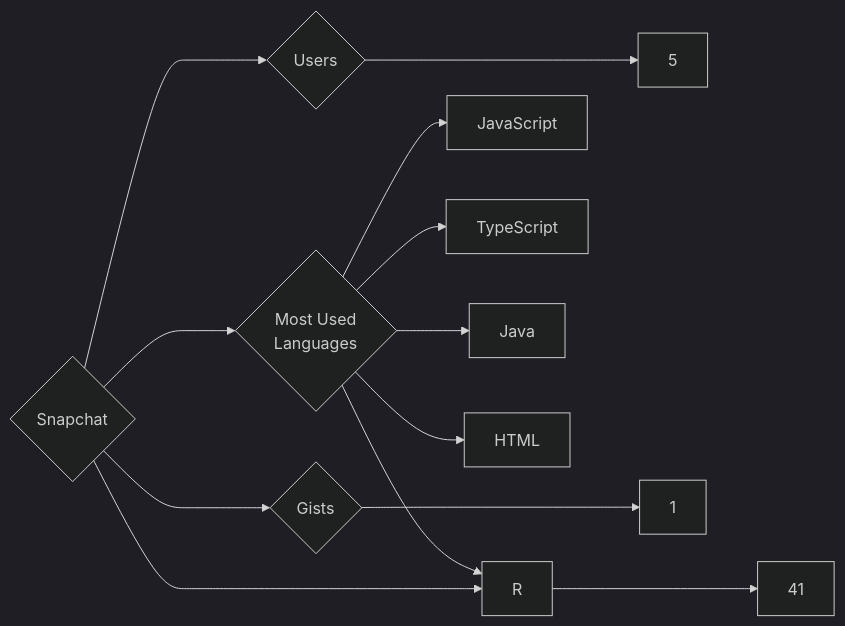
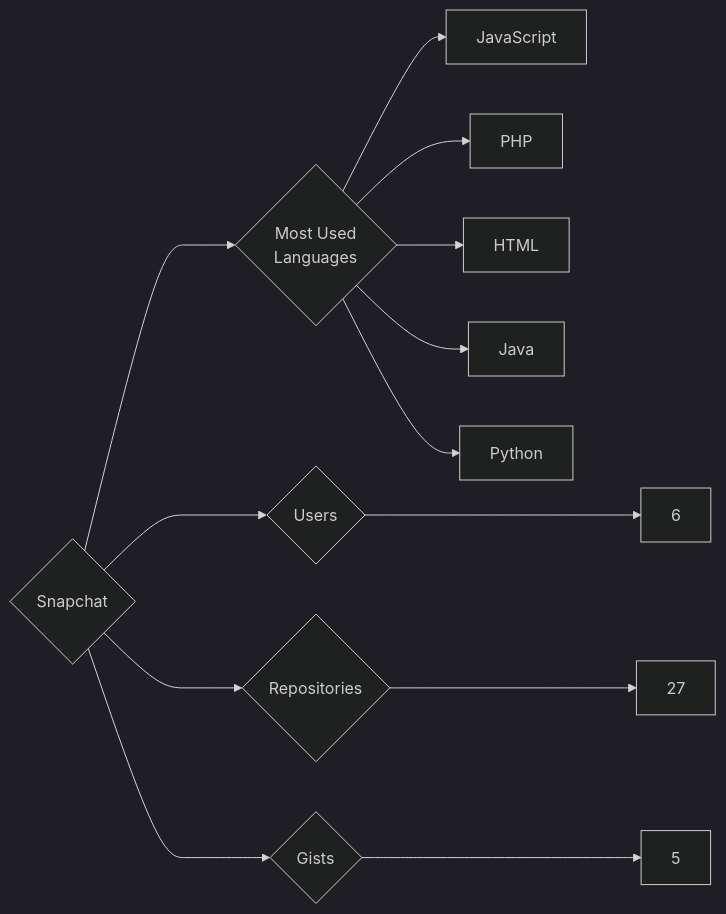
One commit to trickest/insiders changed the diagram in targets/Snapchat/README.md. Above: the diagram before and after it, drawn with Mermaid (dark theme). The commit also changed 1496 other files, not shown here.

````diff
--- a/targets/Snapchat/README.md
+++ b/targets/Snapchat/README.md
@@ -3,13 +3,13 @@
 ```mermaid
 graph LR
 COMPANY_NAME{Snapchat}
-COMPANY_NAME ---> U{Users} ---> UN[5]
-COMPANY_NAME ---> R{Repositories} ---> RN[41]
-COMPANY_NAME ---> G{Gists} ---> GN[1]
+COMPANY_NAME ---> U{Users} ---> UN[6]
+COMPANY_NAME ---> R{Repositories} ---> RN[27]
+COMPANY_NAME ---> G{Gists} ---> GN[5]
 COMPANY_NAME ---> ML{Most Used<br>Languages}
 ML --> JavaScript[JavaScript]
-ML --> R[R]
-ML --> TypeScript[TypeScript]
+ML --> PHP[PHP]
+ML --> HTML[HTML]
 ML --> Java[Java]
-ML --> HTML[HTML]
+ML --> Python[Python]
 ```
````
